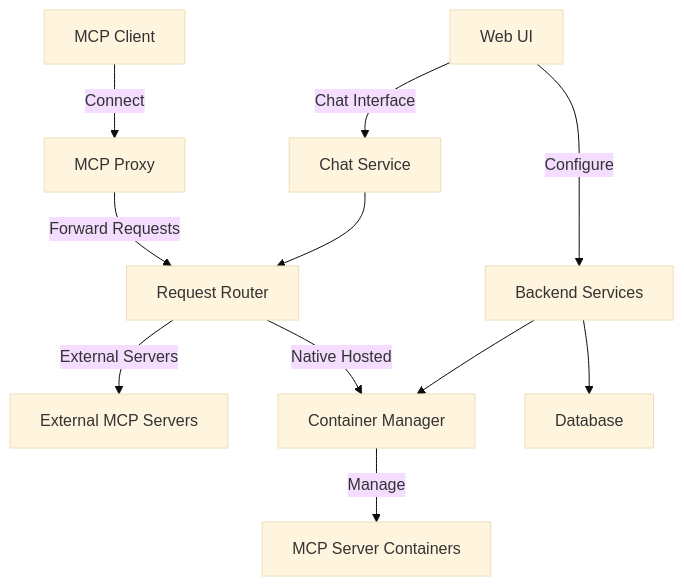
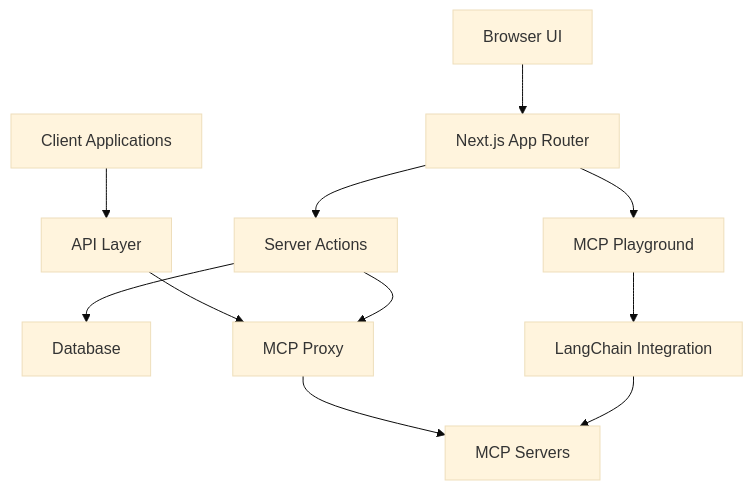
Before and after one commit to VeriTeknik/pluggedin-app: the first of 4 diagrams in memory-bank/systemPatterns.md, drawn with Mermaid (base theme). The commit also changed other lines of this file and 4 other files, not shown here.

````diff
--- a/memory-bank/systemPatterns.md
+++ b/memory-bank/systemPatterns.md
@@ -26,13 +7,14 @@
 ```mermaid
 flowchart TD
-    Client[MCP Client] -->|Connect| Proxy[MCP Proxy]
-    Proxy -->|Forward Requests| Router[Request Router]
-    Router -->|External Servers| ExternalServers[External MCP Servers]
-    Router -->|Native Hosted| ContainerManager[Container Manager]
-    ContainerManager -->|Manage| Containers[MCP Server Containers]
-    UI[Web UI] -->|Configure| Backend[Backend Services]
-    Backend --> DB[Database]
-    Backend --> ContainerManager
-    UI -->|Chat Interface| ChatService[Chat Service]
-    ChatService --> Router
+    Client[Client Applications] --> API[API Layer]
+    Browser[Browser UI] --> AppRouter[Next.js App Router]
+    AppRouter --> ServerActions[Server Actions]
+    ServerActions --> DB[Database]
+    API --> McpProxy[MCP Proxy]
+    McpProxy --> McpServers[MCP Servers]
+    ServerActions --> McpProxy
+    
+    AppRouter --> McpPlayground[MCP Playground]
+    McpPlayground --> LangChain[LangChain Integration]
+    LangChain --> McpServers
 ```
````
